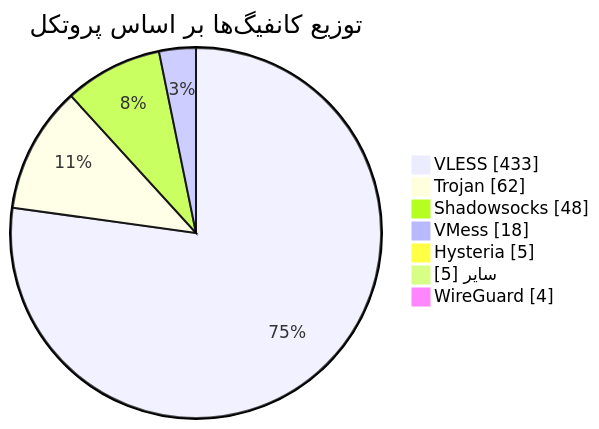
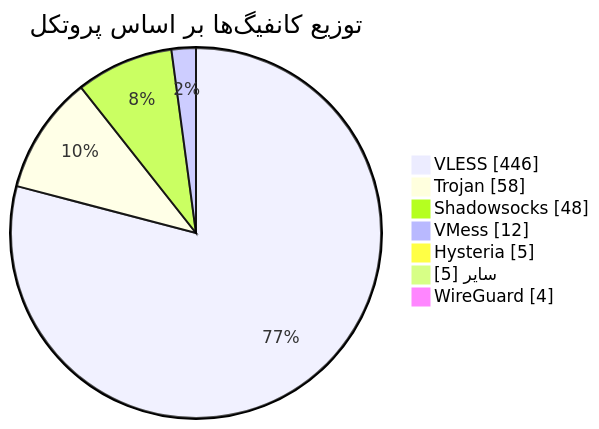
One commit to Arian-Alijani/Somthing changed the diagram in README.md. Above: the diagram before and after it, drawn with Mermaid. The commit also changed other lines of this file and 17 other files, not shown here.

````diff
--- a/README.md
+++ b/README.md
@@ -49,11 +49,11 @@
 ```mermaid
 pie showData
     title توزیع کانفیگ‌ها بر اساس پروتکل
-    "VLESS" : 433
-    "Trojan" : 62
+    "VLESS" : 446
+    "Trojan" : 58
     "Shadowsocks" : 48
-    "VMess" : 18
+    "VMess" : 12
     "Hysteria" : 5
     "سایر" : 5
     "WireGuard" : 4
 ```
````
